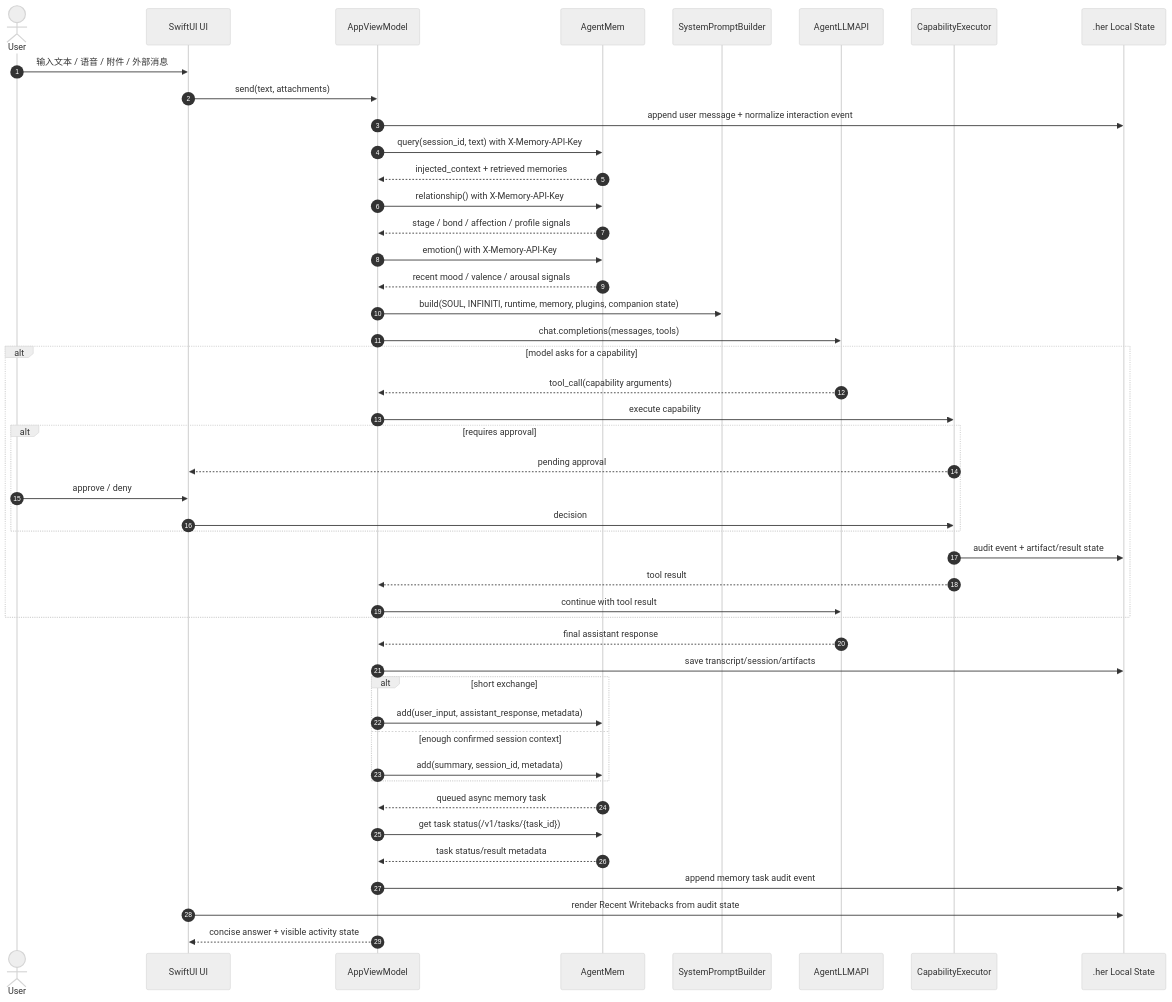
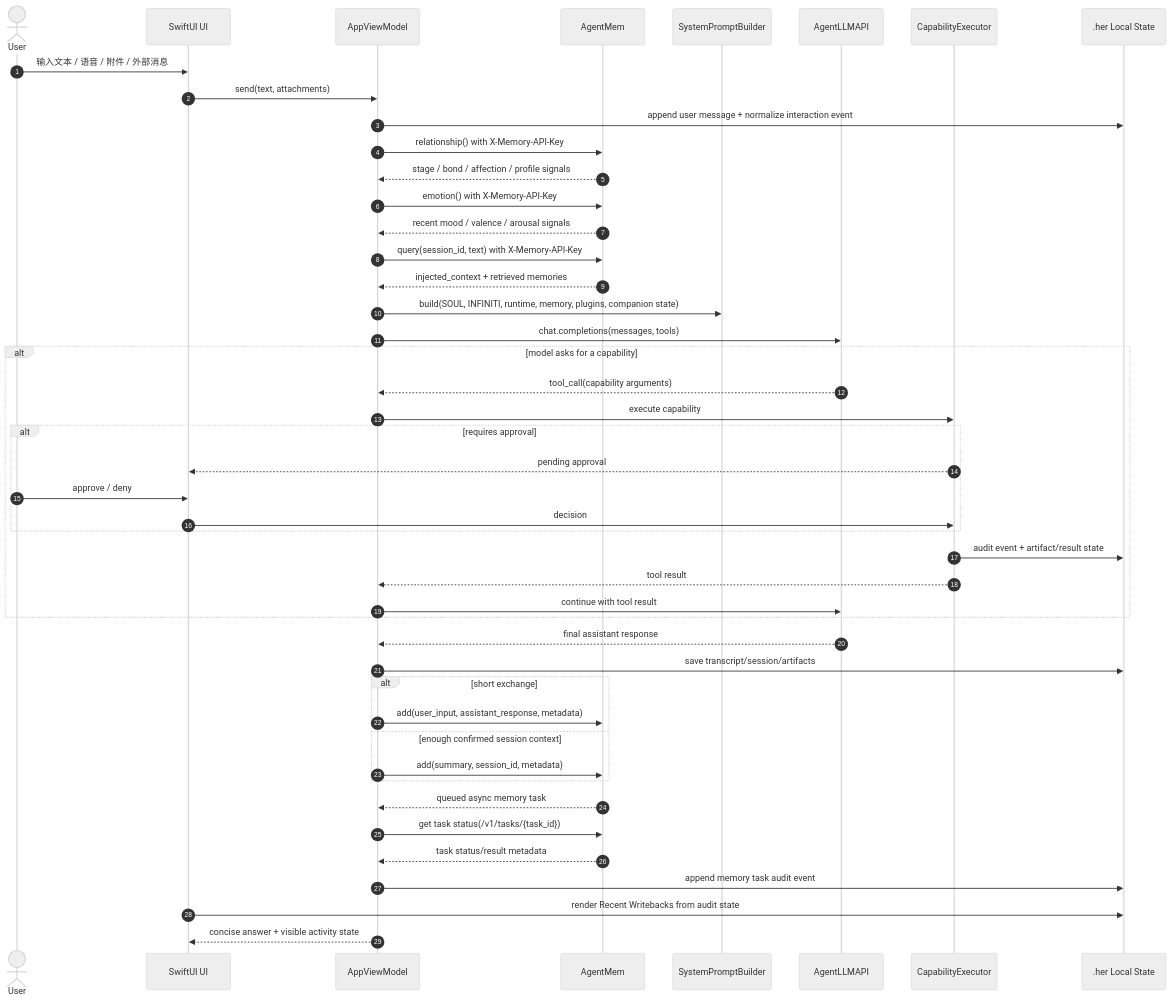
One commit to stelee410/her-desktop changed the sixth of 7 diagrams in docs/her-desktop-architecture.md. Above: the diagram before and after it, drawn with Mermaid (neutral theme). The commit also changed other lines of this file and 3 other files, not shown here.

````diff
--- a/docs/her-desktop-architecture.md
+++ b/docs/her-desktop-architecture.md
@@ -332,49 +332,49 @@
 ```mermaid
 sequenceDiagram
     autonumber
     actor U as User
     participant UI as SwiftUI UI
     participant VM as AppViewModel
     participant MEM as AgentMem
     participant PB as SystemPromptBuilder
     participant LLM as AgentLLMAPI
     participant EX as CapabilityExecutor
     participant APP as .her Local State
 
     U->>UI: 输入文本 / 语音 / 附件 / 外部消息
     UI->>VM: send(text, attachments)
     VM->>APP: append user message + normalize interaction event
-    VM->>MEM: query(session_id, text) with X-Memory-API-Key
-    MEM-->>VM: injected_context + retrieved memories
     VM->>MEM: relationship() with X-Memory-API-Key
     MEM-->>VM: stage / bond / affection / profile signals
     VM->>MEM: emotion() with X-Memory-API-Key
     MEM-->>VM: recent mood / valence / arousal signals
+    VM->>MEM: query(session_id, text) with X-Memory-API-Key
+    MEM-->>VM: injected_context + retrieved memories
     VM->>PB: build(SOUL, INFINITI, runtime, memory, plugins, companion state)
     VM->>LLM: chat.completions(messages, tools)
     alt model asks for a capability
         LLM-->>VM: tool_call(capability arguments)
         VM->>EX: execute capability
         alt requires approval
             EX-->>UI: pending approval
             U->>UI: approve / deny
             UI->>EX: decision
         end
         EX->>APP: audit event + artifact/result state
         EX-->>VM: tool result
         VM->>LLM: continue with tool result
     end
     LLM-->>VM: final assistant response
     VM->>APP: save transcript/session/artifacts
     alt short exchange
         VM->>MEM: add(user_input, assistant_response, metadata)
     else enough confirmed session context
         VM->>MEM: add(summary, session_id, metadata)
     end
     MEM-->>VM: queued async memory task
     VM->>MEM: get task status(/v1/tasks/{task_id})
     MEM-->>VM: task status/result metadata
     VM->>APP: append memory task audit event
     UI->>APP: render Recent Writebacks from audit state
     VM-->>UI: concise answer + visible activity state
 ```
````
